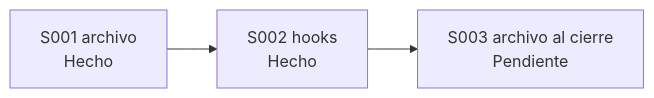
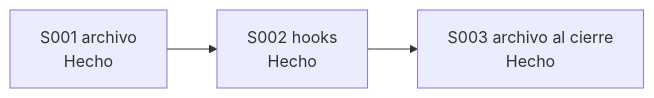
One commit to jliberal-aquas/aquas-central-harness-government changed the third of 3 diagrams in docs/E001/F005/README.md. Above: the diagram before and after it, drawn with Mermaid. The commit also changed other lines of this file and 12 other files, not shown here.

````diff
--- a/docs/E001/F005/README.md
+++ b/docs/E001/F005/README.md
@@ -108,5 +108,5 @@
 ```mermaid
 flowchart LR
     S1["S001 archivo<br/>Hecho"] --> S2["S002 hooks<br/>Hecho"]
-    S2 --> S3["S003 archivo al cierre<br/>Pendiente"]
+    S2 --> S3["S003 archivo al cierre<br/>Hecho"]
 ```
````
